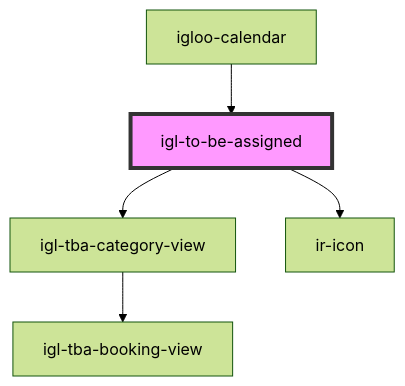
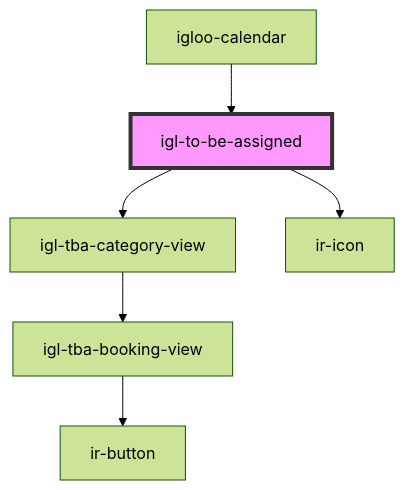
One commit to David1Chowaifaty/modified-ir-webcmp changed the diagram in src/components/igloo-calendar/igl-to-be-assigned/readme.md. Above: the diagram before and after it, drawn with Mermaid (forest theme). The commit also changed 8 other files, not shown here.

````diff
--- a/src/components/igloo-calendar/igl-to-be-assigned/readme.md
+++ b/src/components/igloo-calendar/igl-to-be-assigned/readme.md
@@ -42,8 +42,9 @@
 ```mermaid
 graph TD;
   igl-to-be-assigned --> igl-tba-category-view
   igl-to-be-assigned --> ir-icon
   igl-tba-category-view --> igl-tba-booking-view
+  igl-tba-booking-view --> ir-button
   igloo-calendar --> igl-to-be-assigned
   style igl-to-be-assigned fill:#f9f,stroke:#333,stroke-width:4px
 ```
````
